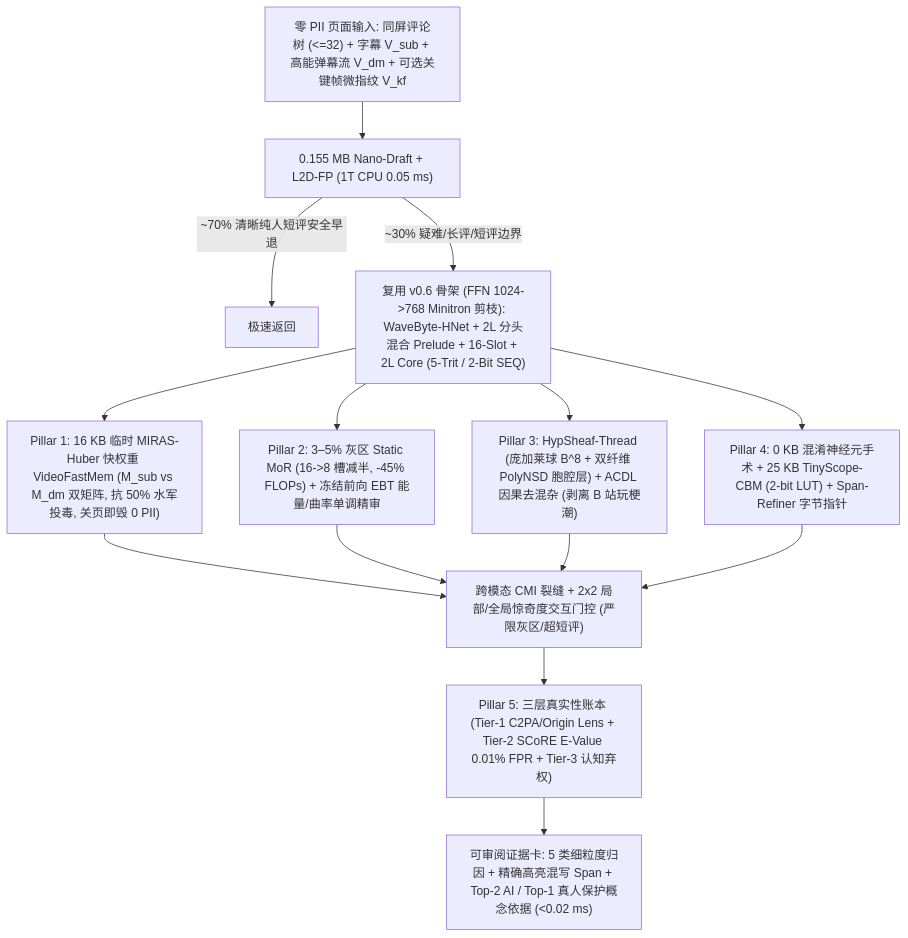
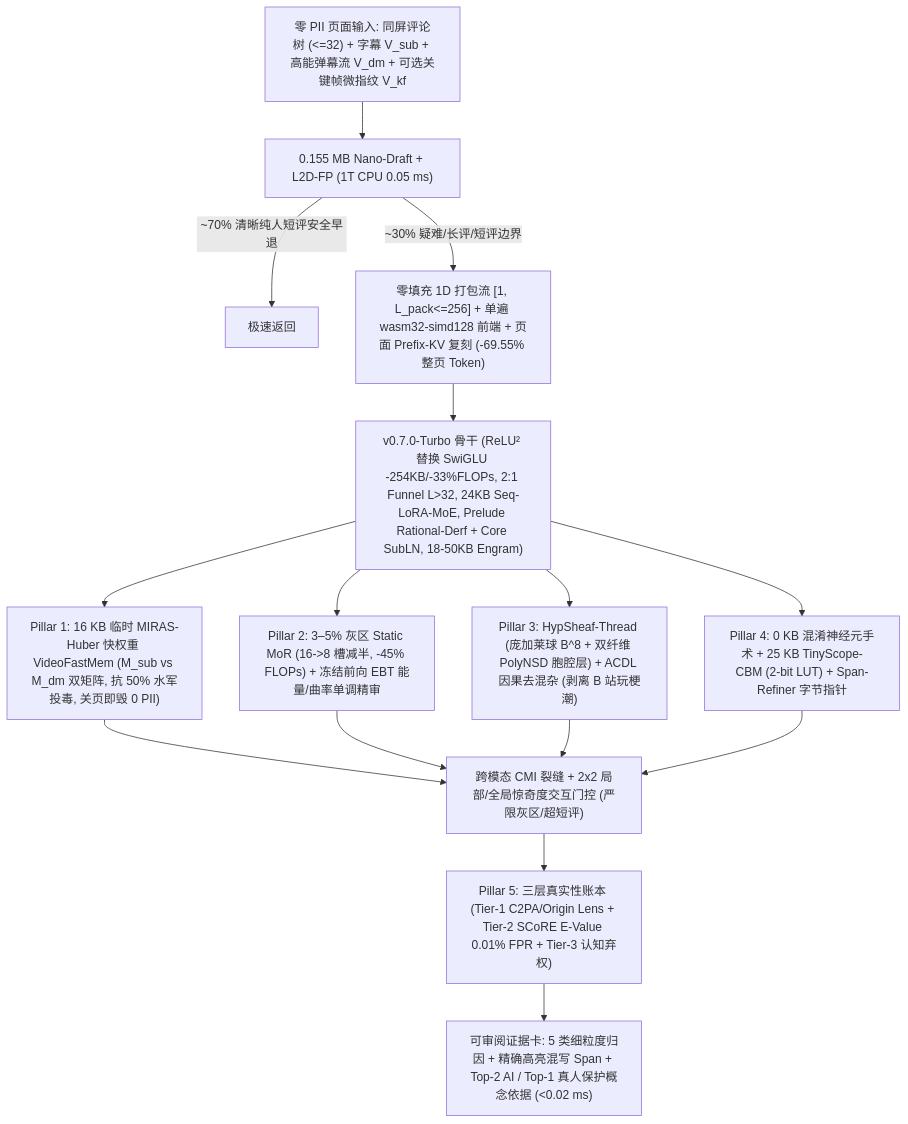
The diagram in docs/roadmap-v0.7.0-omni-authenticity.md (jichuo1/MeguvizCAC), drawn with Mermaid before and after one commit. The commit also changed other lines of this file and 2 other files, not shown here.

Commit message:
docs(v0.7.0)+fix(onnx): add 6 empirically verified throughput & token-efficiency breakthroughs to v0.7.0 roadmap and fix export wrapper .eval() parity

````diff
--- a/docs/roadmap-v0.7.0-omni-authenticity.md
+++ b/docs/roadmap-v0.7.0-omni-authenticity.md
@@ -34,16 +34,17 @@
 ```mermaid
 flowchart TD
     IN["零 PII 页面输入: 同屏评论树 (<=32) + 字幕 V_sub + 高能弹幕流 V_dm + 可选关键帧微指纹 V_kf"] --> NANO["0.155 MB Nano-Draft + L2D-FP (1T CPU 0.05 ms)"]
     NANO -->|"~70% 清晰纯人短评安全早退"| OUT0["极速返回"]
-    NANO -->|"~30% 疑难/长评/短评边界"| BACK["复用 v0.6 骨架 (FFN 1024->768 Minitron 剪枝): WaveByte-HNet + 2L 分头混合 Prelude + 16-Slot + 2L Core (5-Trit / 2-Bit SEQ)"]
+    NANO -->|"~30% 疑难/长评/短评边界"| PACK["零填充 1D 打包流 [1, L_pack<=256] + 单遍 wasm32-simd128 前端 + 页面 Prefix-KV 复刻 (-69.55% 整页 Token)"]
+    PACK --> BACK["v0.7.0-Turbo 骨干 (ReLU² 替换 SwiGLU -254KB/-33%FLOPs, 2:1 Funnel L>32, 24KB Seq-LoRA-MoE, Prelude Rational-Derf + Core SubLN, 18-50KB Engram)"]
     BACK --> TMEM["Pillar 1: 16 KB 临时 MIRAS-Huber 快权重 VideoFastMem (M_sub vs M_dm 双矩阵, 抗 50% 水军投毒, 关页即毁 0 PII)"]
     BACK --> AUDIT["Pillar 2: 3–5% 灰区 Static MoR (16->8 槽减半, -45% FLOPs) + 冻结前向 EBT 能量/曲率单调精审"]
     BACK --> HSHEAF["Pillar 3: HypSheaf-Thread (庞加莱球 B^8 + 双纤维 PolyNSD 胞腔层) + ACDL 因果去混杂 (剥离 B 站玩梗潮)"]
     BACK --> CBM["Pillar 4: 0 KB 混淆神经元手术 + 25 KB TinyScope-CBM (2-bit LUT) + Span-Refiner 字节指针"]
     TMEM --> FUSE["跨模态 CMI 裂缝 + 2x2 局部/全局惊奇度交互门控 (严限灰区/超短评)"]
     AUDIT --> FUSE
     HSHEAF --> FUSE
     CBM --> FUSE
     FUSE --> LEDGER["Pillar 5: 三层真实性账本 (Tier-1 C2PA/Origin Lens + Tier-2 SCoRE E-Value 0.01% FPR + Tier-3 认知弃权)"]
     LEDGER --> CARD["可审阅证据卡: 5 类细粒度归因 + 精确高亮混写 Span + Top-2 AI / Top-1 真人保护概念依据 (<0.02 ms)"]
 ```
````
